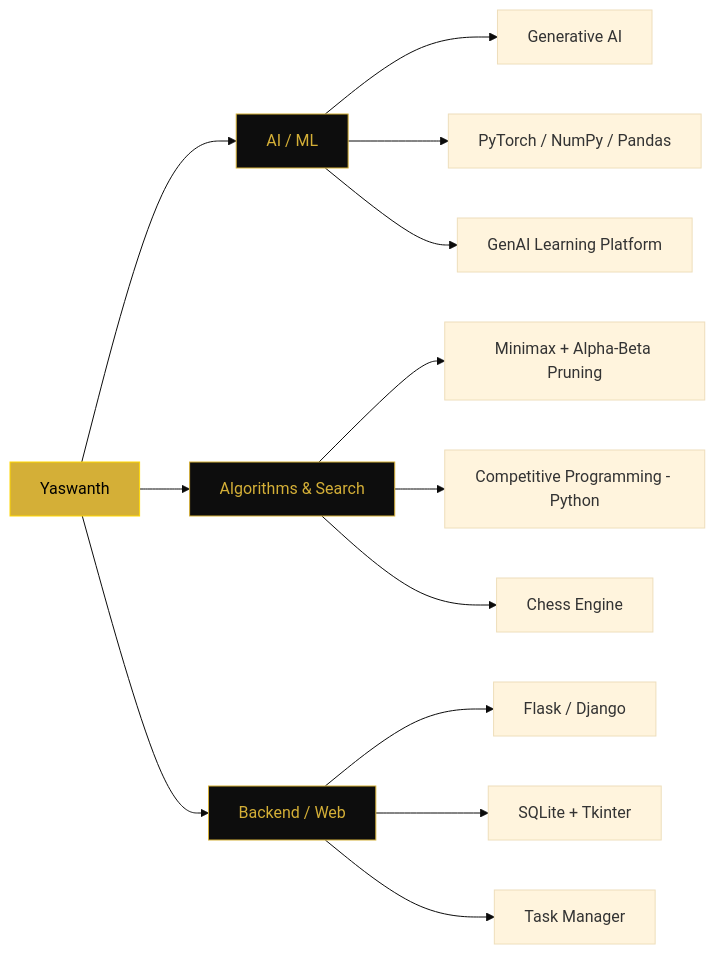
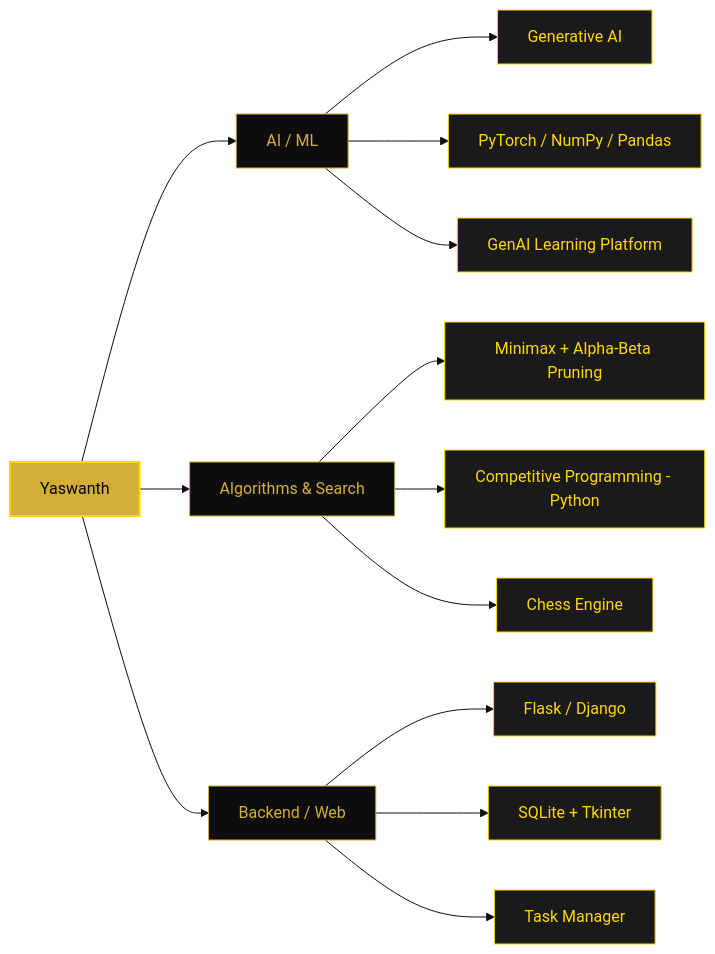
Before and after one commit to yashu440/yashu440: the diagram in README.md, drawn with Mermaid (base theme). The commit also changed other lines of this file, not shown here.

````diff
--- a/README.md
+++ b/README.md
@@ -83,23 +104,32 @@
 ```mermaid
 graph LR
     A[Yaswanth] --> B[AI / ML]
     A --> C[Algorithms & Search]
     A --> D[Backend / Web]
 
     B --> B1[Generative AI]
     B --> B2[PyTorch / NumPy / Pandas]
     B --> B3[GenAI Learning Platform]
 
     C --> C1[Minimax + Alpha-Beta Pruning]
     C --> C2[Competitive Programming - Python]
     C --> C3[Chess Engine]
 
     D --> D1[Flask / Django]
     D --> D2[SQLite + Tkinter]
     D --> D3[Task Manager]
 
-    style A fill:#D4AF37,stroke:#FFD700,color:#000
-    style B fill:#0D0D0D,stroke:#D4AF37,color:#D4AF37
-    style C fill:#0D0D0D,stroke:#D4AF37,color:#D4AF37
-    style D fill:#0D0D0D,stroke:#D4AF37,color:#D4AF37
+    style A fill:#D4AF37,stroke:#FFD700,color:#000,stroke-width:2px
+    style B fill:#0D0D0D,stroke:#D4AF37,color:#D4AF37,stroke-width:1px
+    style C fill:#0D0D0D,stroke:#D4AF37,color:#D4AF37,stroke-width:1px
+    style D fill:#0D0D0D,stroke:#D4AF37,color:#D4AF37,stroke-width:1px
+    style B1 fill:#1a1a1a,stroke:#FFD700,color:#FFD700
+    style B2 fill:#1a1a1a,stroke:#FFD700,color:#FFD700
+    style B3 fill:#1a1a1a,stroke:#FFD700,color:#FFD700
+    style C1 fill:#1a1a1a,stroke:#FFD700,color:#FFD700
+    style C2 fill:#1a1a1a,stroke:#FFD700,color:#FFD700
+    style C3 fill:#1a1a1a,stroke:#FFD700,color:#FFD700
+    style D1 fill:#1a1a1a,stroke:#FFD700,color:#FFD700
+    style D2 fill:#1a1a1a,stroke:#FFD700,color:#FFD700
+    style D3 fill:#1a1a1a,stroke:#FFD700,color:#FFD700
 ```
````
